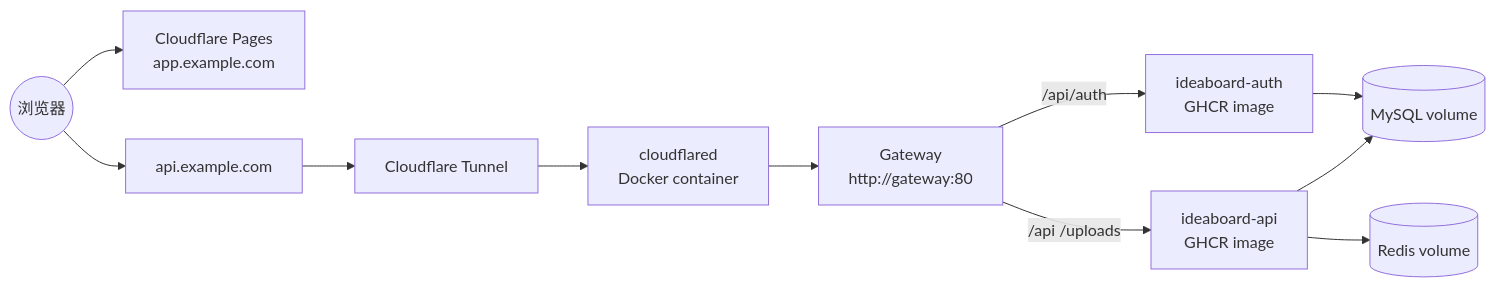
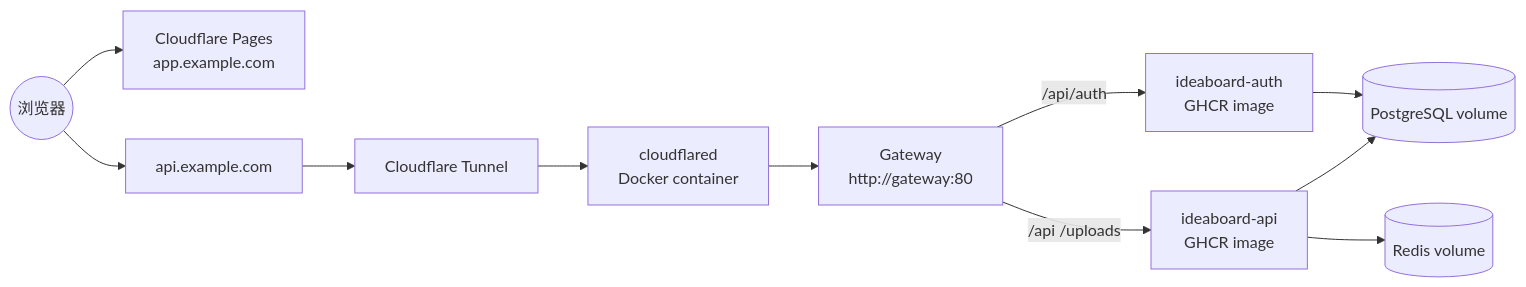
The first of 3 diagrams in DEPLOYMENT.md (Ericsunsk/IdeaBoard), drawn with Mermaid before and after one commit. The commit also changed other lines of this file and 114 other files, not shown here.

First line of the commit message:
refactor: migrate database from MySQL 8.0 to PostgreSQL 17

````diff
--- a/DEPLOYMENT.md
+++ b/DEPLOYMENT.md
@@ -39,13 +39,13 @@
 ```mermaid
 graph LR
     Browser((浏览器)) --> Pages["Cloudflare Pages<br>app.example.com"]
     Browser --> ApiDomain["api.example.com"]
     ApiDomain --> Tunnel["Cloudflare Tunnel"]
     Tunnel --> Cloudflared["cloudflared<br>Docker container"]
     Cloudflared --> Gateway["Gateway<br>http://gateway:80"]
     Gateway -- "/api/auth" --> Auth["ideaboard-auth<br>GHCR image"]
     Gateway -- "/api /uploads" --> API["ideaboard-api<br>GHCR image"]
-    Auth --> MySQL[("MySQL volume")]
-    API --> MySQL
+    Auth --> Postgres[("PostgreSQL volume")]
+    API --> Postgres
     API --> Redis[("Redis volume")]
 ```
````
